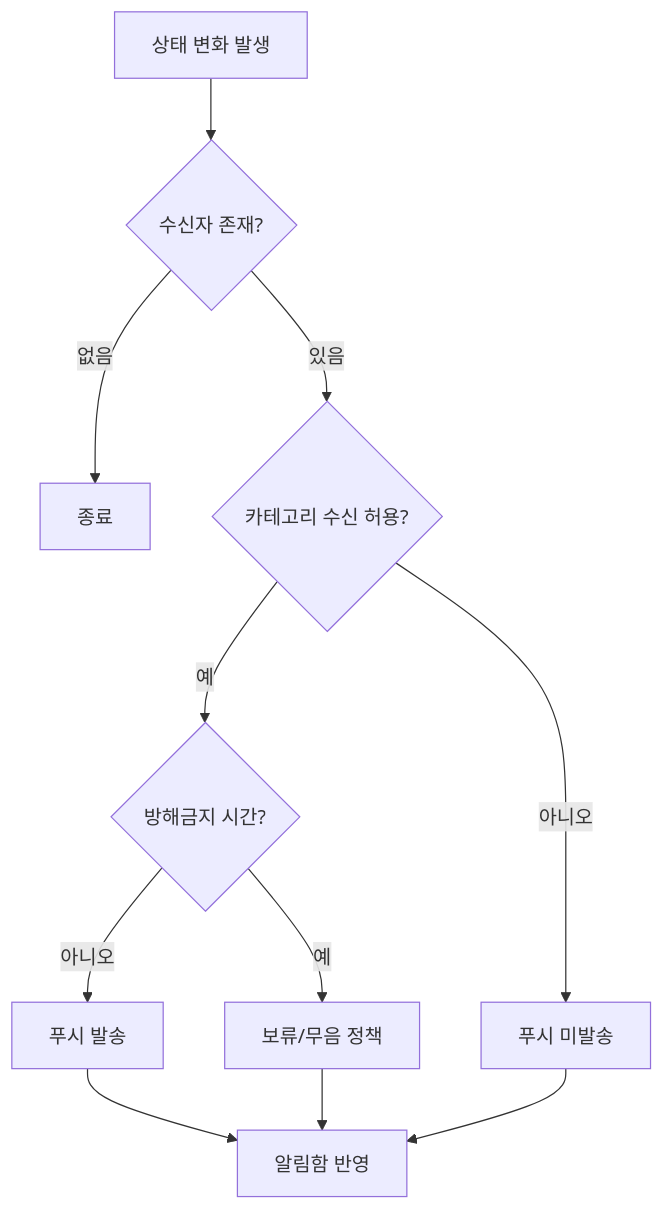
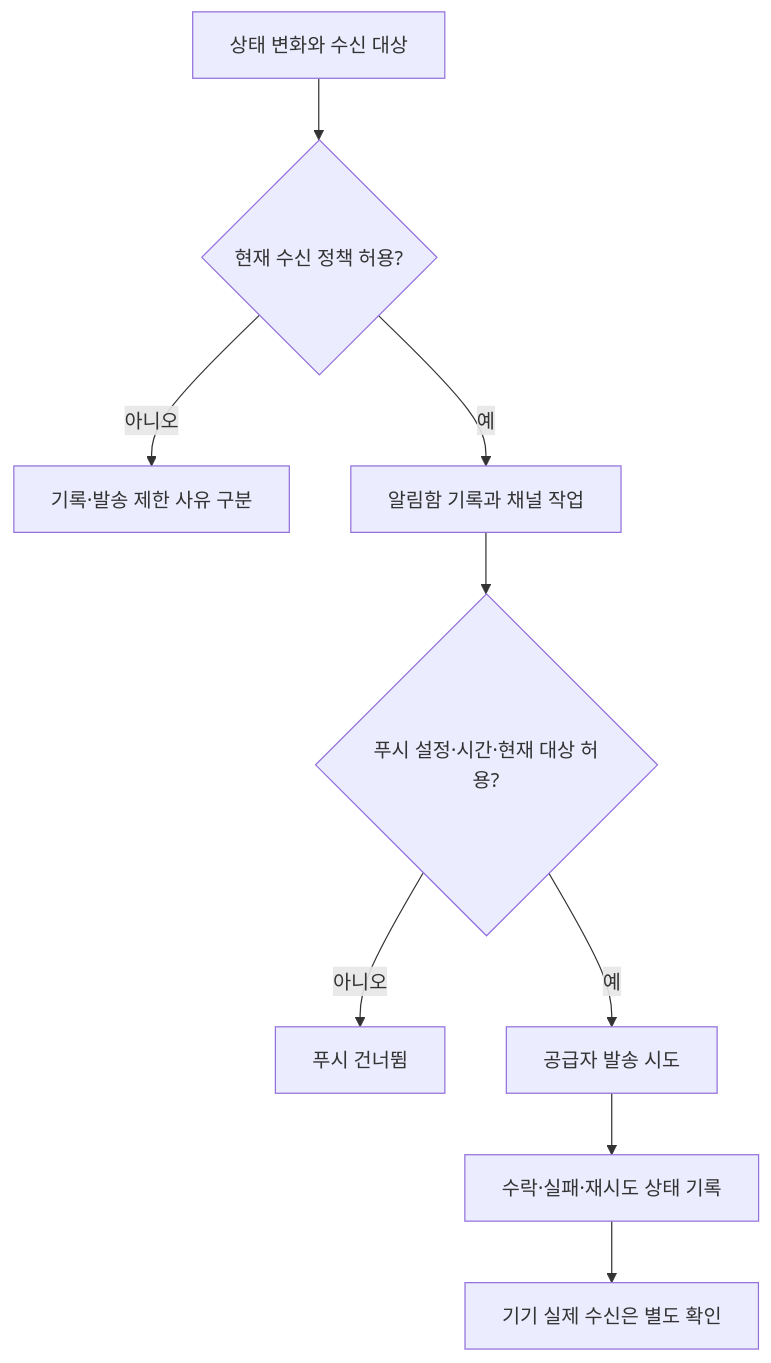
One commit to endside82/business_logic changed the diagram in prd/03_policy_prds/notification_policy_prd.md. Above: the diagram before and after it, drawn with Mermaid. The commit also changed other lines of this file and 247 other files, not shown here.

````diff
--- a/prd/03_policy_prds/notification_policy_prd.md
+++ b/prd/03_policy_prds/notification_policy_prd.md
@@ -35,13 +35,11 @@
 ```mermaid
 flowchart TD
-    A["상태 변화 발생"] --> B{"수신자 존재?"}
-    B -->|"없음"| C["종료"]
-    B -->|"있음"| D{"카테고리 수신 허용?"}
-    D -->|"아니오"| E["푸시 미발송"]
-    D -->|"예"| F{"방해금지 시간?"}
-    F -->|"예"| G["보류/무음 정책"]
-    F -->|"아니오"| H["푸시 발송"]
-    H --> I["알림함 반영"]
-    G --> I
-    E --> I
+    A["상태 변화와 수신 대상"] --> B{"현재 수신 정책 허용?"}
+    B -->|"아니오"| C["기록·발송 제한 사유 구분"]
+    B -->|"예"| D["알림함 기록과 채널 작업"]
+    D --> E{"푸시 설정·시간·현재 대상 허용?"}
+    E -->|"아니오"| F["푸시 건너뜀"]
+    E -->|"예"| G["공급자 발송 시도"]
+    G --> H["수락·실패·재시도 상태 기록"]
+    H --> I["기기 실제 수신은 별도 확인"]
 ```
````
